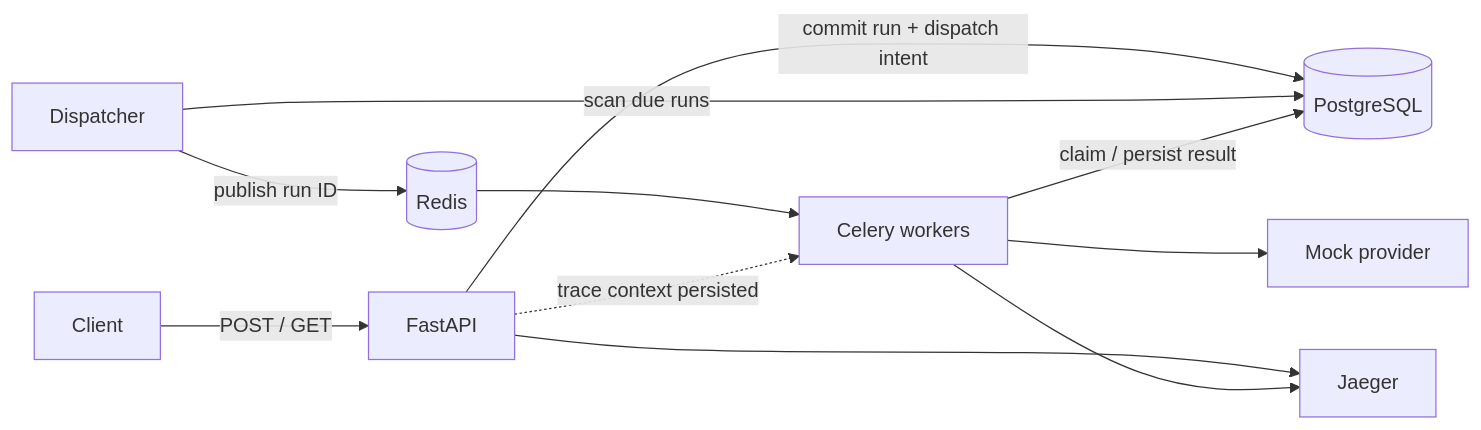
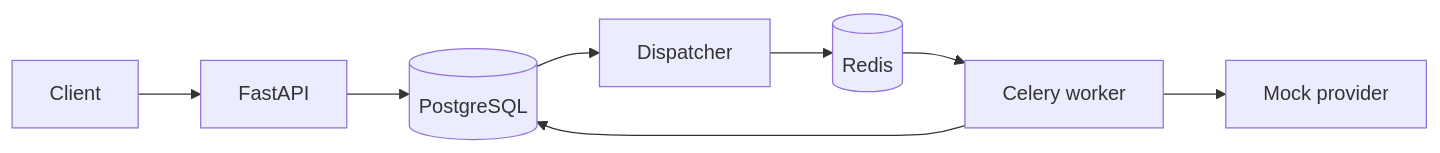
The diagram in README.md (VihanP29/siamux), drawn with Mermaid before and after one commit. The commit also changed other lines of this file, not shown here.

````diff
--- a/README.md
+++ b/README.md
@@ -39,13 +48,10 @@
 ```mermaid
 flowchart LR
-    Client -->|POST / GET| API[FastAPI]
-    API -->|commit run + dispatch intent| DB[(PostgreSQL)]
-    Dispatcher -->|scan due runs| DB
-    Dispatcher -->|publish run ID| Redis[(Redis)]
-    Redis --> Worker[Celery workers]
-    Worker -->|claim / persist result| DB
-    Worker --> Mock[Mock provider]
-    API -. trace context persisted .-> Worker
-    API --> Jaeger
-    Worker --> Jaeger
+    Client --> API[FastAPI]
+    API --> DB[(PostgreSQL)]
+    DB --> Dispatcher
+    Dispatcher --> Redis[(Redis)]
+    Redis --> Worker[Celery worker]
+    Worker --> Provider[Mock provider]
+    Worker --> DB
 ```
````
